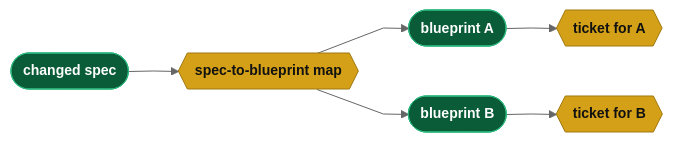
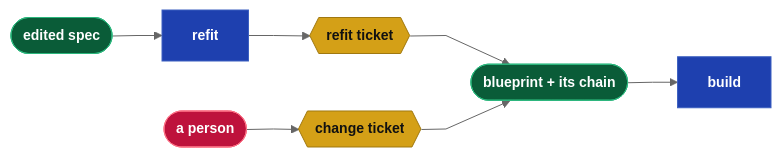
The third of 3 diagrams in docs/papers/SDD_Optimal_Path_to_Managing_Changed_Specifications.md (webcloudstudio/Drydock), drawn with Mermaid before and after one commit. The commit also changed other lines of this file and 2 other files, not shown here.

````diff
--- a/docs/papers/SDD_Optimal_Path_to_Managing_Changed_Specifications.md
+++ b/docs/papers/SDD_Optimal_Path_to_Managing_Changed_Specifications.md
@@ -151,21 +311,20 @@
 ```mermaid
 %%{init: {'theme': 'neutral', 'flowchart': {'curve': 'linear'}, 'themeVariables': {'fontSize': '14px'}}}%%
 flowchart LR
   classDef dir    fill:#0a5c38,stroke:#2cb67d,color:#fff,font-weight:bold
   classDef md     fill:#d4a017,stroke:#a07810,color:#111,font-weight:bold
   classDef script fill:#1e40af,stroke:#3b5fc0,color:#fff,font-weight:bold
-  classDef prompt fill:#c2410c,stroke:#ea580c,color:#fff,font-weight:bold
-  classDef output fill:#6d28d9,stroke:#8b5cf6,color:#fff,font-weight:bold
   classDef web    fill:#be123c,stroke:#fb7185,color:#fff,font-weight:bold
 
-  CHG(["changed spec"]):::dir
-  MAP{{"spec-to-blueprint map"}}:::md
-  BP1(["blueprint A"]):::dir
-  BP2(["blueprint B"]):::dir
-  T1{{"ticket for A"}}:::md
-  T2{{"ticket for B"}}:::md
+  EDIT(["edited spec"]):::dir
+  REF["refit"]:::script
+  TIX{{"refit ticket"}}:::md
+  PER(["a person"]):::web
+  CT{{"change ticket"}}:::md
+  CHAIN(["blueprint + its chain"]):::dir
+  BLD["build"]:::script
 
-  CHG --> MAP
-  MAP --> BP1 --> T1
-  MAP --> BP2 --> T2
+  EDIT --> REF --> TIX --> CHAIN
+  PER --> CT --> CHAIN
+  CHAIN --> BLD
 ```
````
